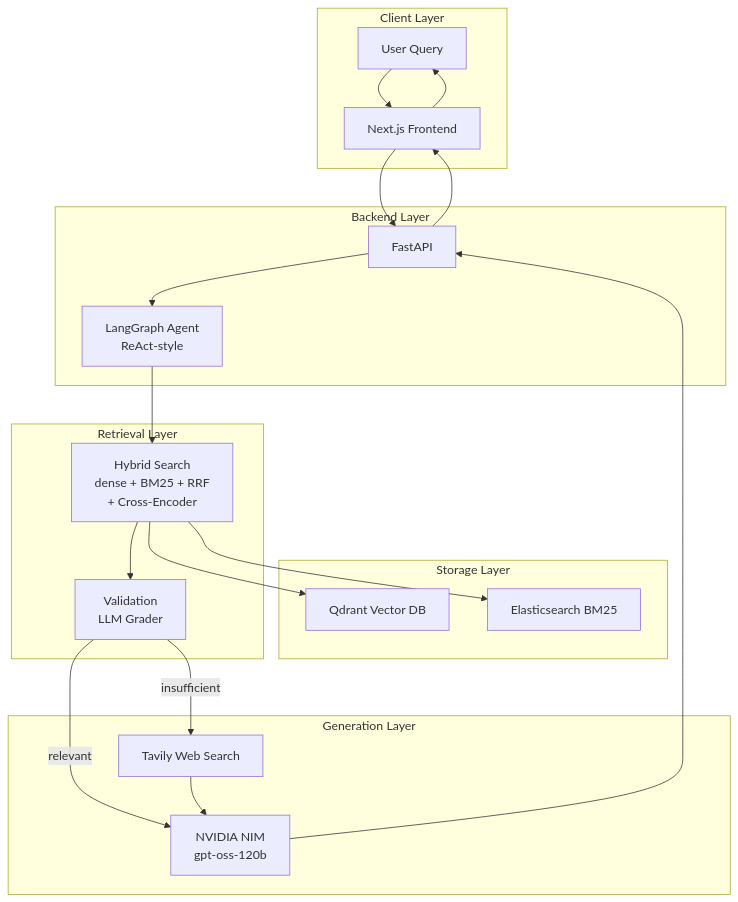
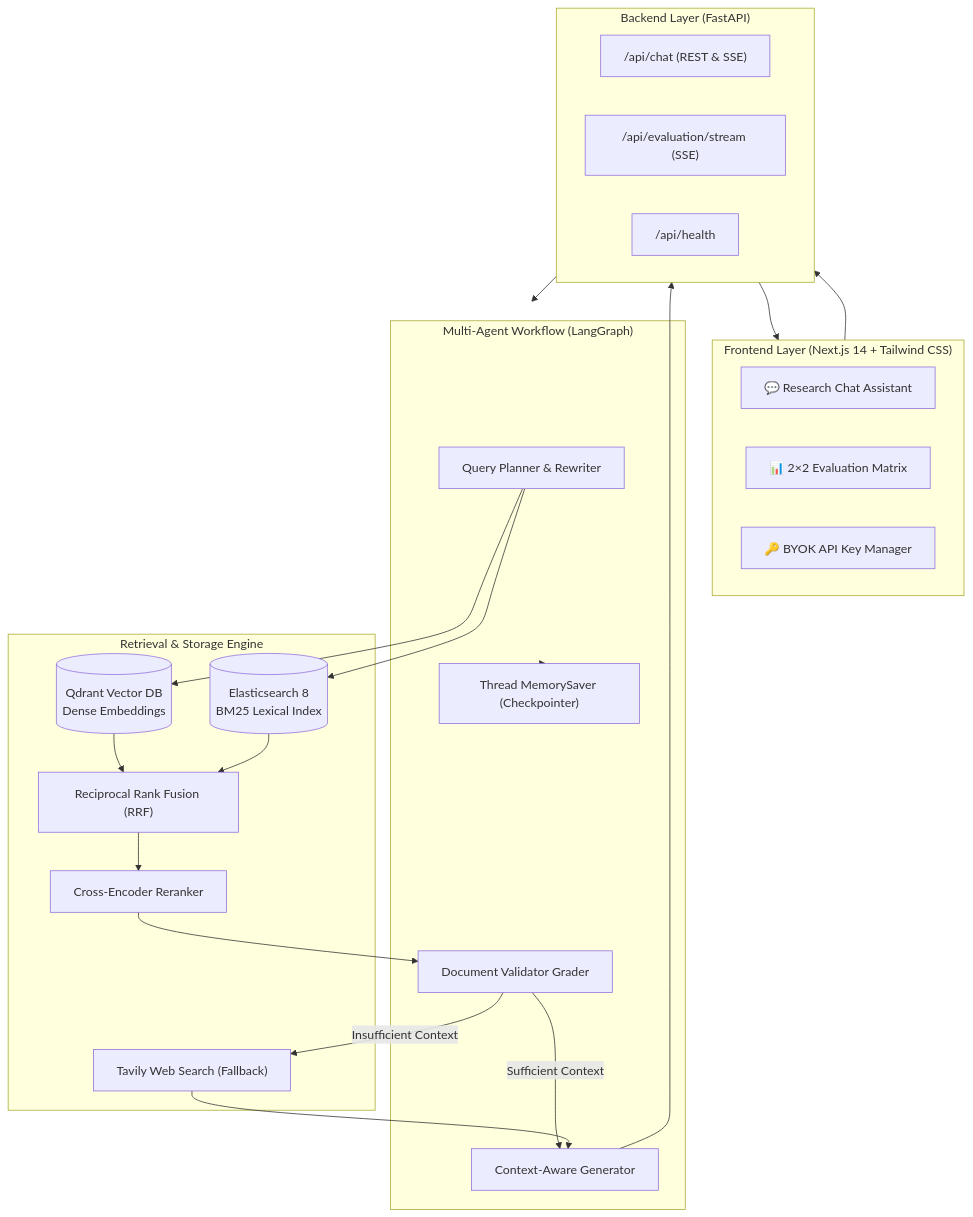
Before and after one commit to ashuydv-05/HYBRID-RAG-EVAL: the first of 2 diagrams in README.md, drawn with Mermaid. The commit also changed other lines of this file and 59 other files, not shown here.

Commit message:
feat: complete arXiv RAG assistant with 2x2 streaming eval, multi-turn memory, and CI/CD

````diff
--- a/README.md
+++ b/README.md
@@ -17,44 +63,38 @@
 ```mermaid
 flowchart TB
-    subgraph Client["Client Layer"]
-        User[User Query]
-        Frontend[Next.js Frontend]
+    subgraph UI["Frontend Layer (Next.js 14 + Tailwind CSS)"]
+        Chat["💬 Research Chat Assistant"]
+        EvalUI["📊 2×2 Evaluation Matrix"]
+        Settings["🔑 BYOK API Key Manager"]
     end
 
-    subgraph Backend["Backend Layer"]
-        API[FastAPI]
-        Agent[LangGraph Agent<br/>ReAct-style]
+    subgraph API["Backend Layer (FastAPI)"]
+        ChatEndpoint["/api/chat (REST & SSE)"]
+        EvalEndpoint["/api/evaluation/stream (SSE)"]
+        HealthEndpoint["/api/health"]
     end
 
-    subgraph Storage["Storage Layer"]
-        Qdrant[Qdrant Vector DB]
-        Elasticsearch[Elasticsearch BM25]
+    subgraph Agent["Multi-Agent Workflow (LangGraph)"]
+        Planner["Query Planner & Rewriter"]
+        Validator["Document Validator Grader"]
+        Generator["Context-Aware Generator"]
+        Memory["Thread MemorySaver (Checkpointer)"]
     end
 
-    subgraph Retrieval["Retrieval Layer"]
-        Hybrid[Hybrid Search<br/>dense + BM25 + RRF<br/>+ Cross-Encoder]
-        Validate[Validation<br/>LLM Grader]
+    subgraph Storage["Retrieval & Storage Engine"]
+        Qdrant[("Qdrant Vector DB<br/>Dense Embeddings")]
+        Elasticsearch[("Elasticsearch 8<br/>BM25 Lexical Index")]
+        RRF["Reciprocal Rank Fusion (RRF)"]
+        CrossEncoder["Cross-Encoder Reranker"]
+        Tavily["Tavily Web Search (Fallback)"]
     end
 
-    subgraph Generation["Generation Layer"]
-        NIM[NVIDIA NIM<br/>gpt-oss-120b]
-        Tavily[Tavily Web Search]
-    end
-
-    User --> Frontend
-    Frontend --> API
+    UI --> API
     API --> Agent
-
-    Agent --> Hybrid
-    Hybrid --> Qdrant
-    Hybrid --> Elasticsearch
-    Hybrid --> Validate
-
-    Validate -->|relevant| NIM
-    Validate -->|insufficient| Tavily
-    Tavily --> NIM
-
-    NIM --> API
-    API --> Frontend
-    Frontend --> User
+    Agent --> Memory
+    Planner --> Qdrant & Elasticsearch
+    Qdrant & Elasticsearch --> RRF --> CrossEncoder --> Validator
+    Validator -->|Sufficient Context| Generator
+    Validator -->|Insufficient Context| Tavily --> Generator
+    Generator --> API --> UI
 ```
````
